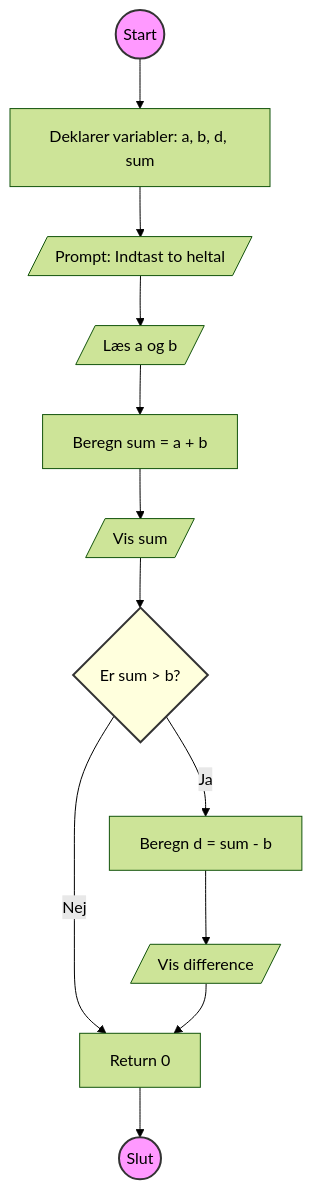
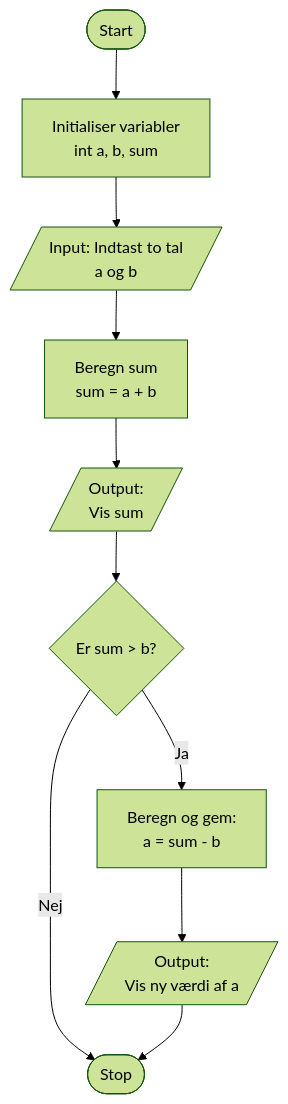
The diagram in Opgave 1/opgave_1b/flowchart.md (FR3T0T/DTU_C_PROGRAMMING), drawn with Mermaid (forest theme) before and after one commit.

````diff
--- a/Opgave 1/opgave_1b/flowchart.md
+++ b/Opgave 1/opgave_1b/flowchart.md
@@ -1,18 +1,18 @@
 ```mermaid
 flowchart TD
-    Start((Start)) --> Init[Deklarer variabler: a, b, d, sum]
-    Init --> Input1[/Prompt: Indtast to heltal/]
-    Input1 --> Input2[/Læs a og b/]
-    Input2 --> Process1[Beregn sum = a + b]
-    Process1 --> Output1[/Vis sum/]
-    Output1 --> Decision{Er sum > b?}
-    Decision -->|Ja| Process2[Beregn d = sum - b]
-    Process2 --> Output2[/Vis difference/]
-    Decision -->|Nej| Return[Return 0]
-    Output2 --> Return
-    Return --> End((Slut))
-
-    style Start fill:#f9f,stroke:#333,stroke-width:2px
-    style End fill:#f9f,stroke:#333,stroke-width:2px
-    style Decision fill:#ffd,stroke:#333,stroke-width:2px
+    Start([Start]) --> Init["Initialiser variabler
+    int a, b, sum"]
+    Init --> Input[/"Input: Indtast to tal
+    a og b"/]
+    Input --> Sum["Beregn sum
+    sum = a + b"]
+    Sum --> PrintSum[/"Output: 
+    Vis sum"/]
+    PrintSum --> Condition{"Er sum > b?"}
+    Condition -->|Ja| Calc["Beregn og gem:
+    a = sum - b"]
+    Condition -->|Nej| End
+    Calc --> PrintA[/"Output:
+    Vis ny værdi af a"/]
+    PrintA --> End([Stop])
 ```
````
